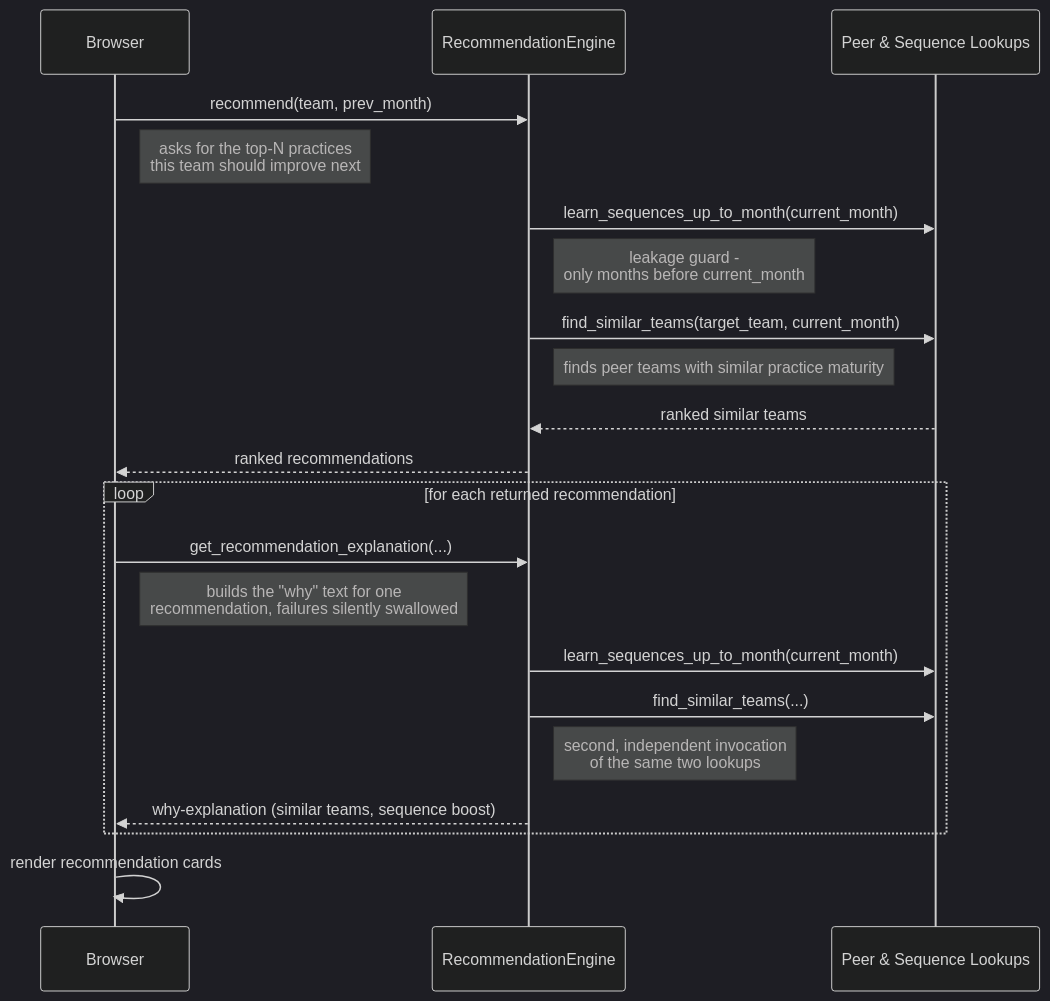
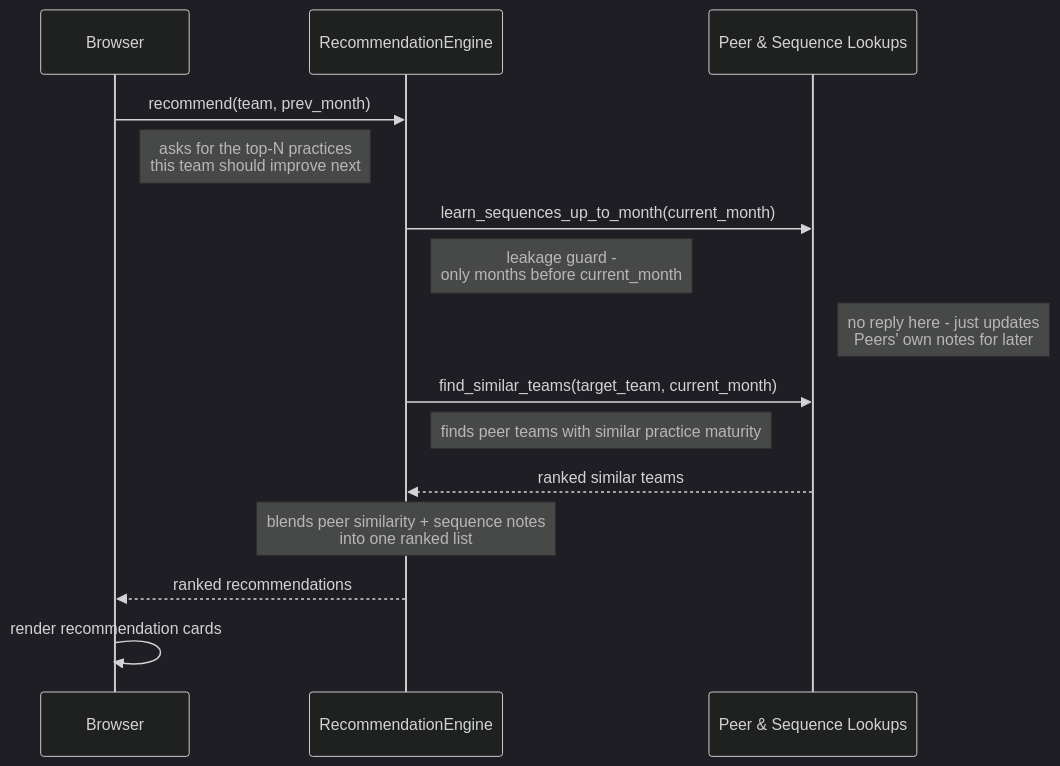
One commit to erezmorabia/agile-prediction-mvp changed the diagram in docs/sequence-diagrams/01-get-recommendations.md. Above: the diagram before and after it, drawn with Mermaid (dark theme). The commit also changed other lines of this file and 4 other files, not shown here.

First line of the commit message:
Add flowcharts and update recommendation sequence diagram

````diff
--- a/docs/sequence-diagrams/01-get-recommendations.md
+++ b/docs/sequence-diagrams/01-get-recommendations.md
@@ -30,26 +30,19 @@
 ```mermaid
 sequenceDiagram
     participant Browser
     participant Rec as RecommendationEngine
     participant Peers as Peer & Sequence Lookups
 
     Browser->>Rec: recommend(team, prev_month)
     Note right of Browser: asks for the top-N practices<br/>this team should improve next
     Rec->>Peers: learn_sequences_up_to_month(current_month)
     Note right of Rec: leakage guard -<br/>only months before current_month
+    Note right of Peers: no reply here - just updates<br/>Peers' own notes for later
     Rec->>Peers: find_similar_teams(target_team, current_month)
     Note right of Rec: finds peer teams with similar practice maturity
     Peers-->>Rec: ranked similar teams
+    Note over Rec: blends peer similarity + sequence notes<br/>into one ranked list
     Rec-->>Browser: ranked recommendations
-
-    loop for each returned recommendation
-        Browser->>Rec: get_recommendation_explanation(...)
-        Note right of Browser: builds the "why" text for one<br/>recommendation, failures silently swallowed
-        Rec->>Peers: learn_sequences_up_to_month(current_month)
-        Rec->>Peers: find_similar_teams(...)
-        Note right of Rec: second, independent invocation<br/>of the same two lookups
-        Rec-->>Browser: why-explanation (similar teams, sequence boost)
-    end
 
     Browser->>Browser: render recommendation cards
 ```
````
